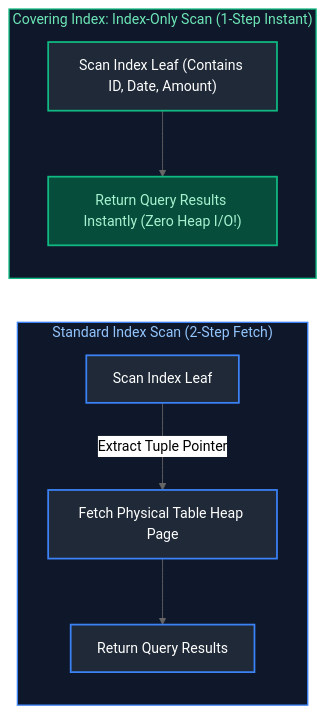
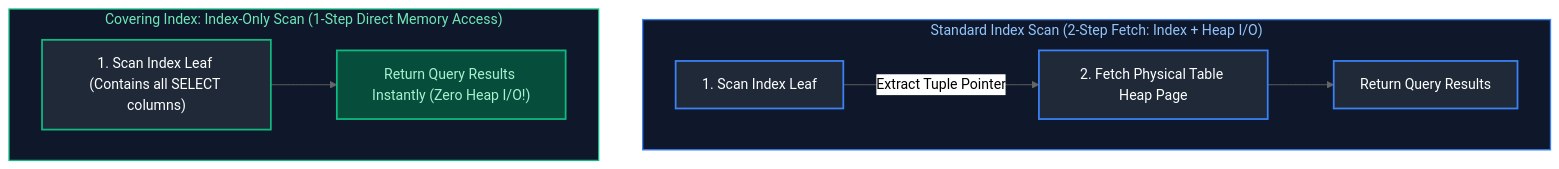
One commit to joydeep-biswas/Interview-Preparation changed diagram 12 of 27 in Data Engineering/04_database_internals_and_performance.md. Above: the diagram before and after it, drawn with Mermaid (neutral theme). The commit also changed other lines of this file and 76 other files, not shown here.

Commit message:
Updated Charts

````diff
--- a/Data Engineering/04_database_internals_and_performance.md
+++ b/Data Engineering/04_database_internals_and_performance.md
@@ -780,20 +785,22 @@
 ```mermaid
-flowchart LR
-    subgraph StandardIndexScan ["Standard Index Scan (2-Step Fetch)"]
-        I1["Scan Index Leaf"] -->|Extract Tuple Pointer| Heap["Fetch Physical Table Heap Page"]
+flowchart TD
+    subgraph StandardIndexScan ["Standard Index Scan (2-Step Fetch: Index + Heap I/O)"]
+        direction LR
+        I1["1. Scan Index Leaf"] -->|Extract Tuple Pointer| Heap["2. Fetch Physical Table Heap Page"]
         Heap --> Result1["Return Query Results"]
     end
 
-    subgraph IndexOnlyScan ["Covering Index: Index-Only Scan (1-Step Instant)"]
-        I2["Scan Index Leaf (Contains ID, Date, Amount)"] --> Result2["Return Query Results Instantly (Zero Heap I/O!)"]
+    subgraph IndexOnlyScan ["Covering Index: Index-Only Scan (1-Step Direct Memory Access)"]
+        direction LR
+        I2["1. Scan Index Leaf (Contains all SELECT columns)"] --> Result2["Return Query Results Instantly (Zero Heap I/O!)"]
     end
 
     style StandardIndexScan fill:#0f172a,stroke:#3b82f6,stroke-width:1.5px,color:#93c5fd
     style IndexOnlyScan fill:#0f172a,stroke:#10b981,stroke-width:1.5px,color:#6ee7b7
 
     style I1 fill:#1f2937,stroke:#3b82f6,stroke-width:2px,color:#fff
     style Heap fill:#1f2937,stroke:#3b82f6,stroke-width:2px,color:#fff
     style Result1 fill:#1f2937,stroke:#3b82f6,stroke-width:2px,color:#fff
     style I2 fill:#1f2937,stroke:#10b981,stroke-width:2px,color:#fff
     style Result2 fill:#064e3b,stroke:#10b981,stroke-width:2px,color:#a7f3d0
 ```
````
